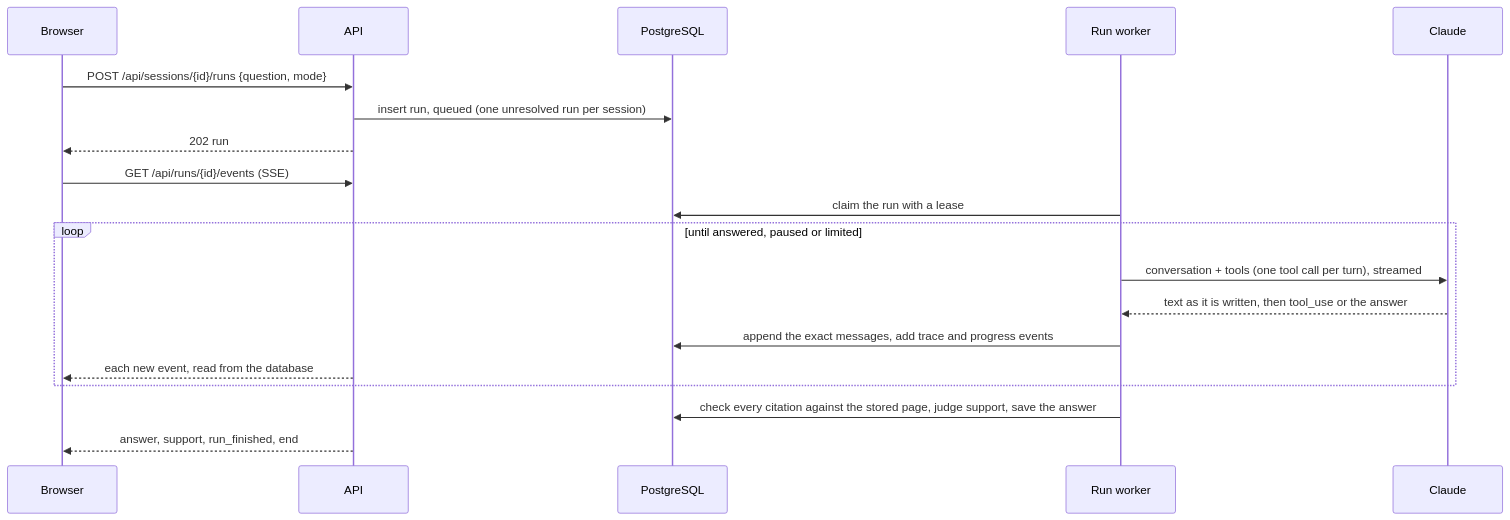
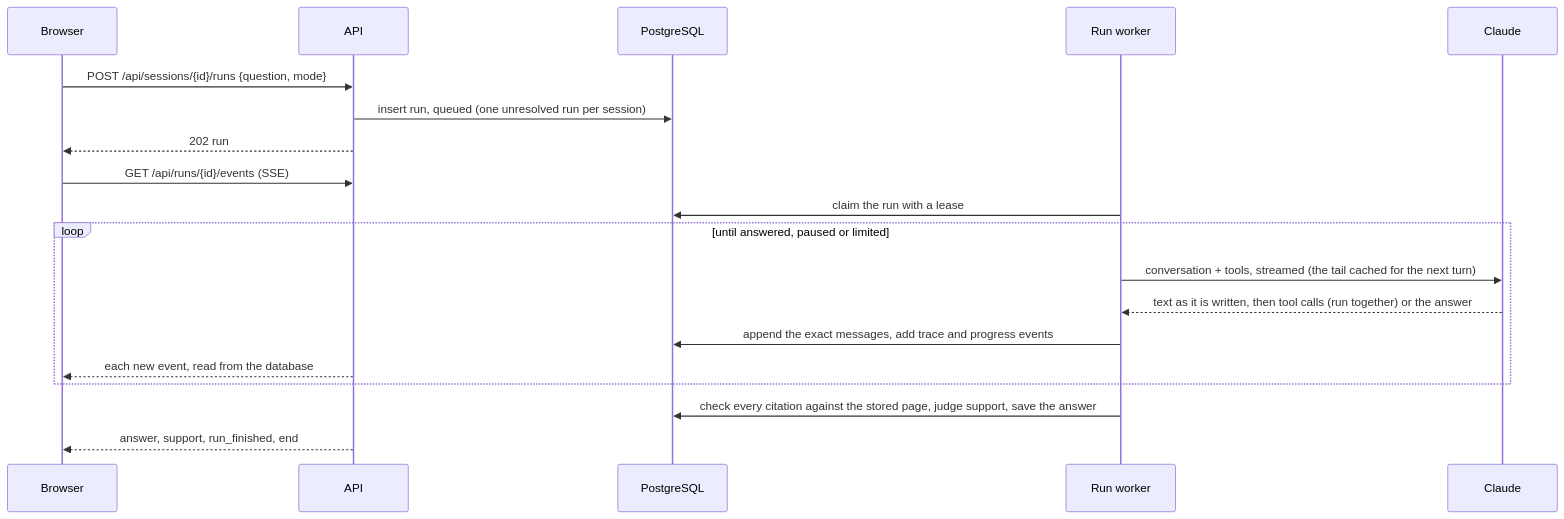
One commit to ApoorvKadam/callslip changed the second of 4 diagrams in docs/architecture.md. Above: the diagram before and after it, drawn with Mermaid. The commit also changed other lines of this file and 17 other files, not shown here.

First line of the commit message:
Answer sooner: run a turn's tool calls together (#27)

````diff
--- a/docs/architecture.md
+++ b/docs/architecture.md
@@ -41,21 +41,21 @@
 ```mermaid
 sequenceDiagram
     participant UI as Browser
     participant API as API
     participant DB as PostgreSQL
     participant R as Run worker
     participant M as Claude
     UI->>API: POST /api/sessions/{id}/runs {question, mode}
     API->>DB: insert run, queued (one unresolved run per session)
     API-->>UI: 202 run
     UI->>API: GET /api/runs/{id}/events (SSE)
     R->>DB: claim the run with a lease
     loop until answered, paused or limited
-        R->>M: conversation + tools (one tool call per turn), streamed
-        M-->>R: text as it is written, then tool_use or the answer
+        R->>M: conversation + tools, streamed (the tail cached for the next turn)
+        M-->>R: text as it is written, then tool calls (run together) or the answer
         R->>DB: append the exact messages, add trace and progress events
         API-->>UI: each new event, read from the database
     end
     R->>DB: check every citation against the stored page, judge support, save the answer
     API-->>UI: answer, support, run_finished, end
 ```
````
